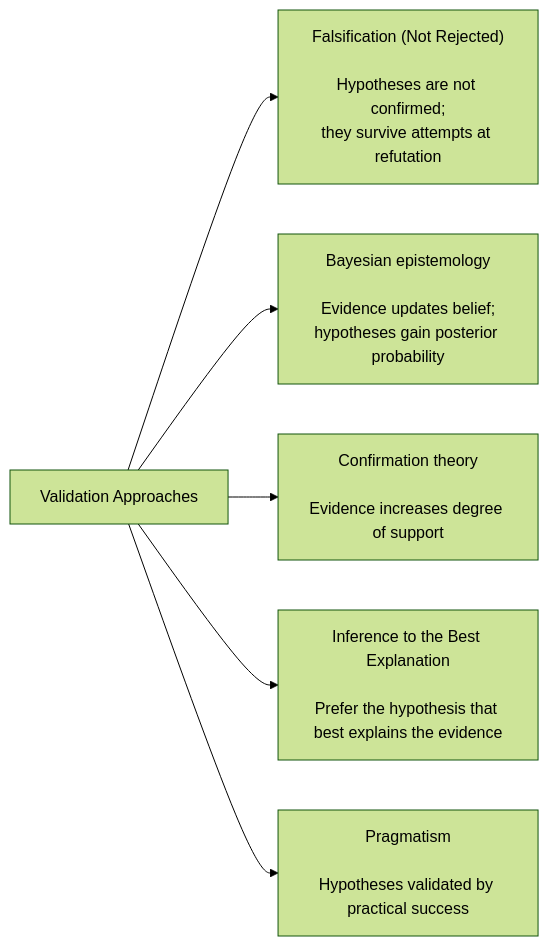
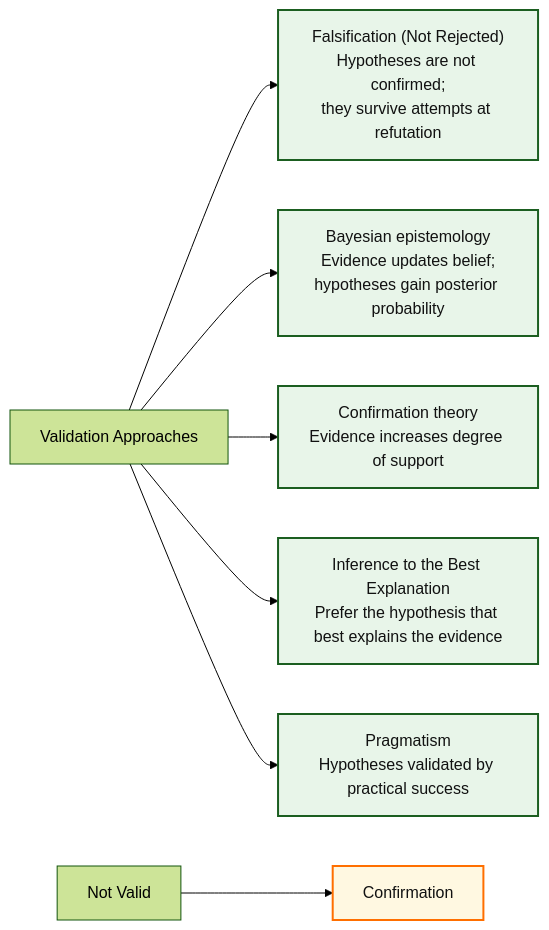
The diagram in articles-posts/hypothesis-validation.md (Tellusant/docs), drawn with Mermaid (forest theme) before and after one commit.

Commit message:
Refactor validation approaches diagram in markdown

```diff
--- a/articles-posts/hypothesis-validation.md
+++ b/articles-posts/hypothesis-validation.md
@@ -12,23 +12,31 @@
 <div class="mermaid">
 
 flowchart LR
 
-    V["Validation Approaches"]
+    V["Validation Approaches"]:::none
 
-    F["Falsification (Not Rejected)<br/><br/>Hypotheses are not confirmed;<br/>they survive attempts at refutation"]
+    F["Falsification (Not Rejected)<br/>Hypotheses are not confirmed;<br/>they survive attempts at refutation"]:::strong
+    B["Bayesian epistemology<br/>Evidence updates belief;<br/>hypotheses gain posterior probability"]:::strong
+    C["Confirmation theory<br/>Evidence increases degree of support"]:::strong
+    I["Inference to the Best Explanation<br/>Prefer the hypothesis that best explains the evidence"]:::strong
+    R["Pragmatism<br/>Hypotheses validated by practical success"]:::strong
 
-    B["Bayesian epistemology<br/><br/>Evidence updates belief;<br/>hypotheses gain posterior probability"]
-
-    C["Confirmation theory<br/><br/>Evidence increases degree of support"]
-
-    I["Inference to the Best Explanation<br/><br/>Prefer the hypothesis that best explains the evidence"]
-
-    R["Pragmatism<br/><br/>Hypotheses validated by practical success"]
+    NV["Not Valid"]:::none
+    CO["Confirmation"]:::mixed
 
     V --> F
     V --> B
     V --> C
     V --> I
     V --> R
+    NV--> CO
+
+    %% ========= STYLES ========= Labels are from another graph
+classDef strong  fill:#E8F5E9,stroke:#1B5E20,stroke-width:2px,color:#111;
+classDef neutral fill:#E3F2FD,stroke:#0D47A1,stroke-width:2px,color:#111;
+classDef mixed   fill:#FFF8E1,stroke:#FF6F00,stroke-width:2px,color:#111;
+classDef risk    fill:#FDECEA,stroke:#B71C1C,stroke-width:2px,color:#111;
+classDef summary fill:#F5F5F5,stroke:#424242,stroke-width:2px,color:#111;
+classDef anchor fill:transparent,stroke:transparent;
 
 </div>
```
